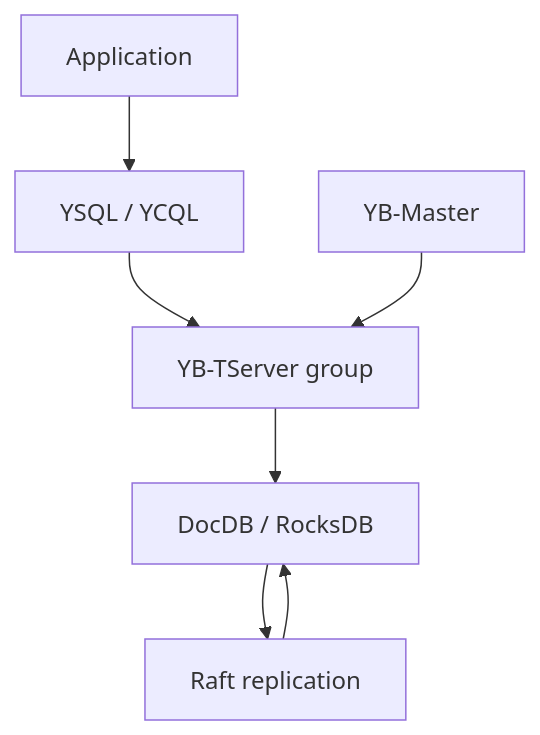
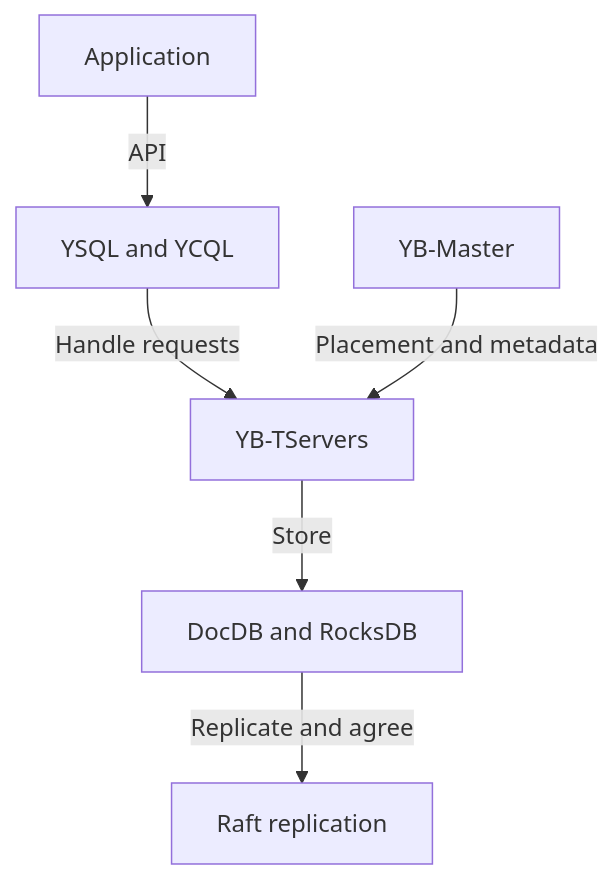
The second of 3 diagrams in articles/report/newsql-yugabyte-brief/en/index.mdx (daylight55/research), drawn with Mermaid before and after one commit. The commit also changed other lines of this file and 181 other files, not shown here.

First line of the commit message:
全記事の図解368点を再生成し、共通注意書きを削除 (#402)

````diff
--- a/articles/report/newsql-yugabyte-brief/en/index.mdx
+++ b/articles/report/newsql-yugabyte-brief/en/index.mdx
@@ -79,9 +85,16 @@
 ```mermaid
-flowchart TB
-  App["Application"] --> API["YSQL / YCQL"]
-  API --> TS["YB-TServer group"]
-  Master["YB-Master"] --> TS
-  TS --> Doc["DocDB / RocksDB"]
-  Doc --> Raft["Raft replication"]
-  Raft --> Doc
+flowchart TD
+  accTitle: YugabyteDB's API, storage and replication roles
+  accDescr: YSQL and YCQL reach distributed storage through TServers; Masters manage placement and Raft supports replication.
+  N0["Application"]
+  N1["YSQL and YCQL"]
+  N2["YB-TServers"]
+  N3["DocDB and RocksDB"]
+  N4["Raft replication"]
+  N5["YB-Master"]
+  N0 -->|API| N1
+  N1 -->|Handle requests| N2
+  N2 -->|Store| N3
+  N3 -->|Replicate and agree| N4
+  N5 -->|Placement and metadata| N2
 ```
````
